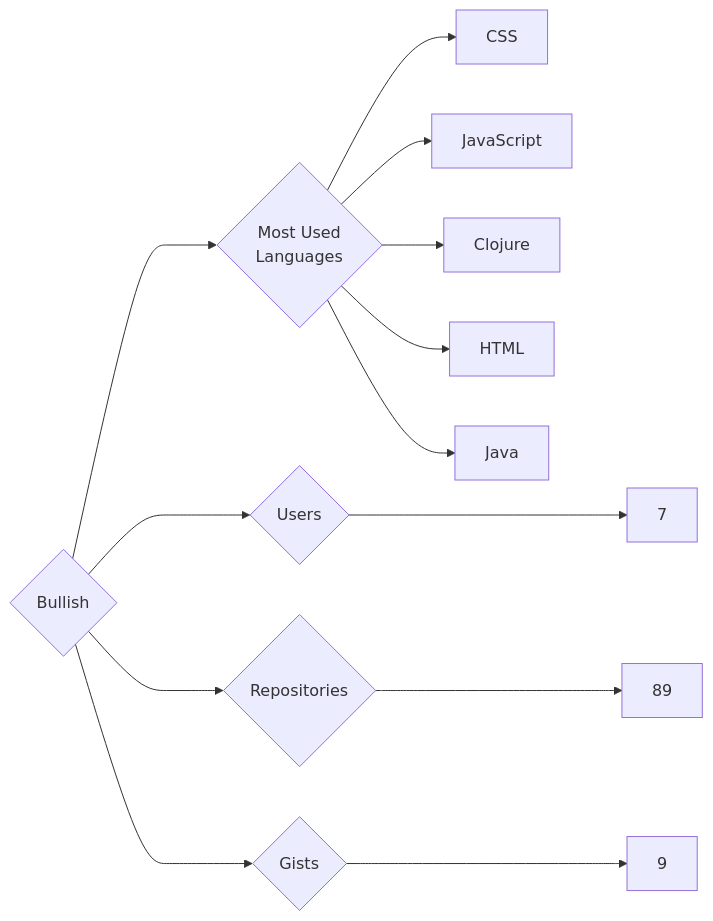
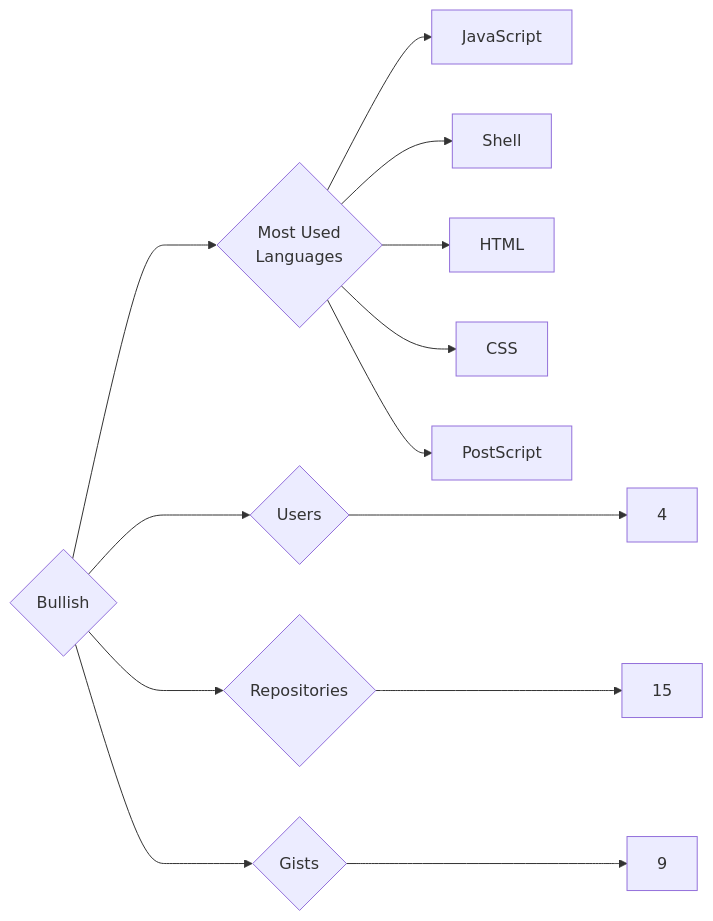
One commit to trickest/insiders changed the diagram in targets/Bullish/README.md. Above: the diagram before and after it, drawn with Mermaid. The commit also changed 1141 other files, not shown here.

````diff
--- a/targets/Bullish/README.md
+++ b/targets/Bullish/README.md
@@ -3,13 +3,13 @@
 ```mermaid
 graph LR
 COMPANY_NAME{Bullish}
-COMPANY_NAME ---> U{Users} ---> UN[7]
-COMPANY_NAME ---> R{Repositories} ---> RN[89]
+COMPANY_NAME ---> U{Users} ---> UN[4]
+COMPANY_NAME ---> R{Repositories} ---> RN[15]
 COMPANY_NAME ---> G{Gists} ---> GN[9]
 COMPANY_NAME ---> ML{Most Used<br>Languages}
+ML --> JavaScript[JavaScript]
+ML --> Shell[Shell]
+ML --> HTML[HTML]
 ML --> CSS[CSS]
-ML --> JavaScript[JavaScript]
-ML --> Clojure[Clojure]
-ML --> HTML[HTML]
-ML --> Java[Java]
+ML --> PostScript[PostScript]
 ```
````
